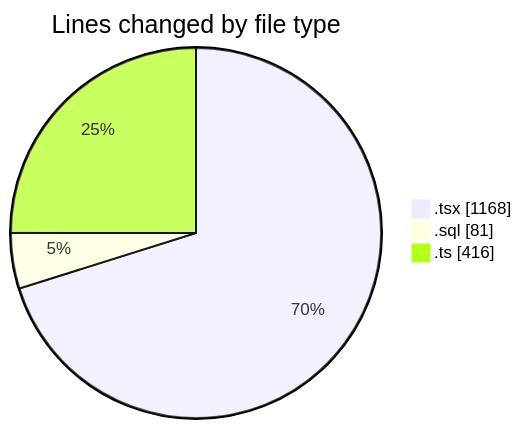
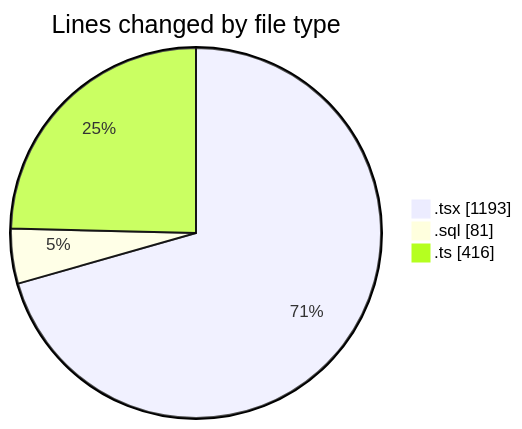
One commit to lephambinh05/code-tracking changed the first of 2 diagrams in 2025-09-09/hiai-phf/README.md. Above: the diagram before and after it, drawn with Mermaid. The commit also changed other lines of this file and 1 other file, not shown here.

````diff
--- a/2025-09-09/hiai-phf/README.md
+++ b/2025-09-09/hiai-phf/README.md
@@ -36,7 +36,7 @@
 ```mermaid
 pie showData
 title Lines changed by file type
-".tsx" : 1168
+".tsx" : 1193
 ".sql" : 81
 ".ts" : 416
 ```
````
